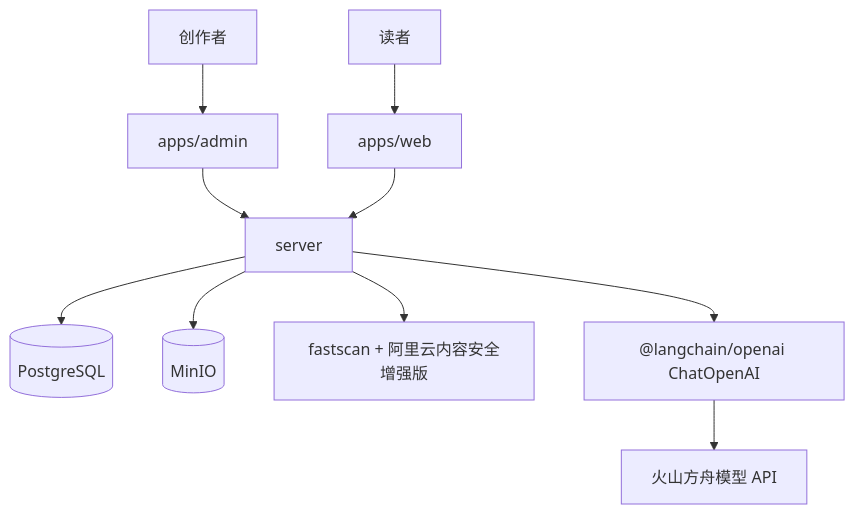
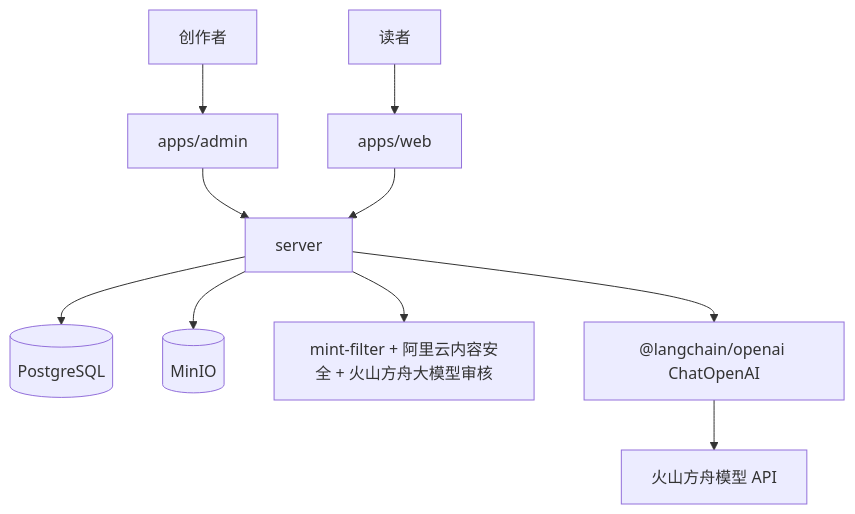
The first of 2 diagrams in docs/03-架构-总体架构.md (8023time/xingliu), drawn with Mermaid before and after one commit. The commit also changed 5 other files, not shown here.

````diff
--- a/docs/03-架构-总体架构.md
+++ b/docs/03-架构-总体架构.md
@@ -19,12 +19,12 @@
 ```mermaid
 flowchart TB
   Creator[创作者] --> Admin[apps/admin]
   Reader[读者] --> Web[apps/web]
   Admin --> API[server]
   Web --> API
   API --> DB[(PostgreSQL)]
   API --> OSS[(MinIO)]
-  API --> Moderation[fastscan + 阿里云内容安全增强版]
+  API --> Moderation[mint-filter + 阿里云内容安全 + 火山方舟大模型审核]
   API --> Model["@langchain/openai ChatOpenAI"]
   Model --> Ark[火山方舟模型 API]
 ```
````
